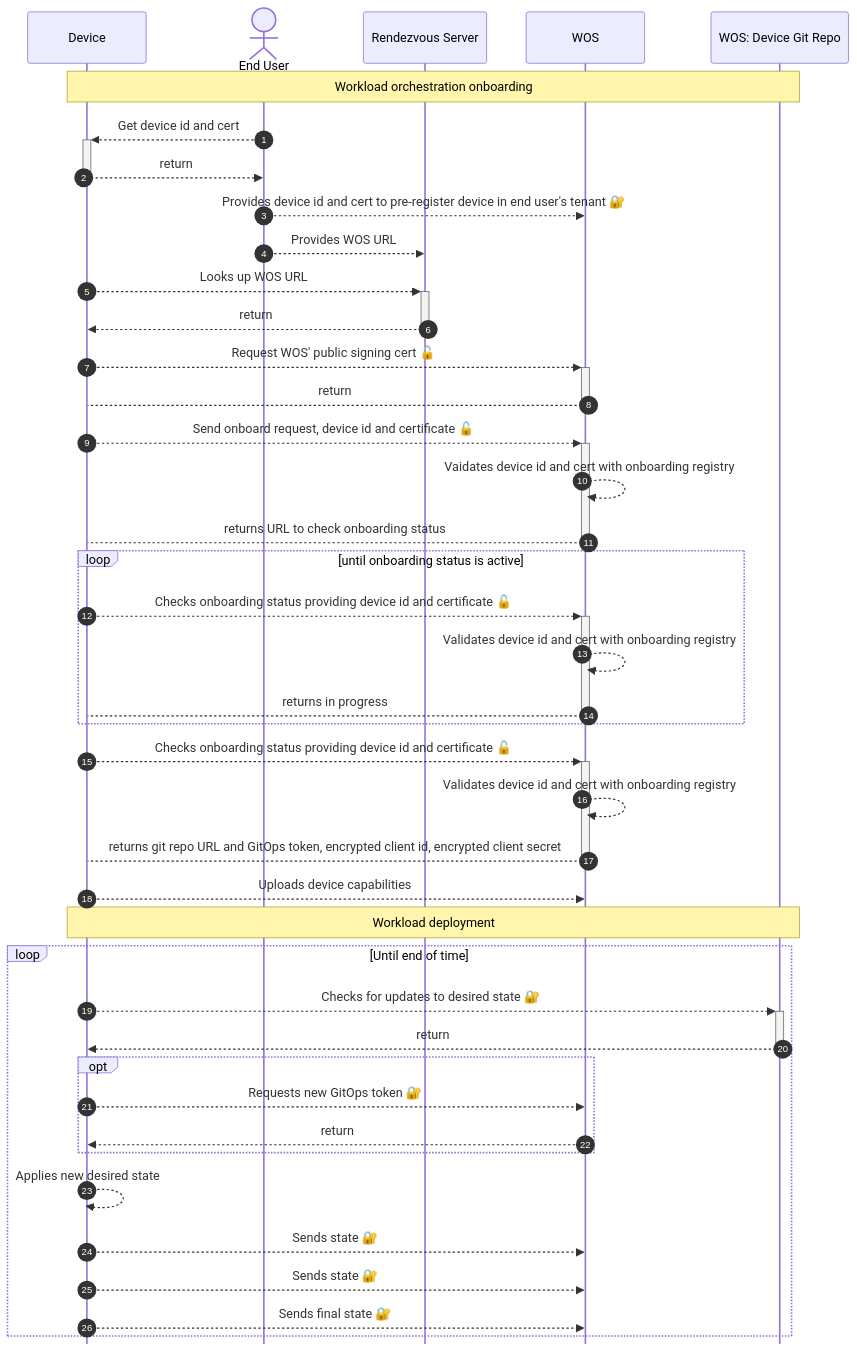
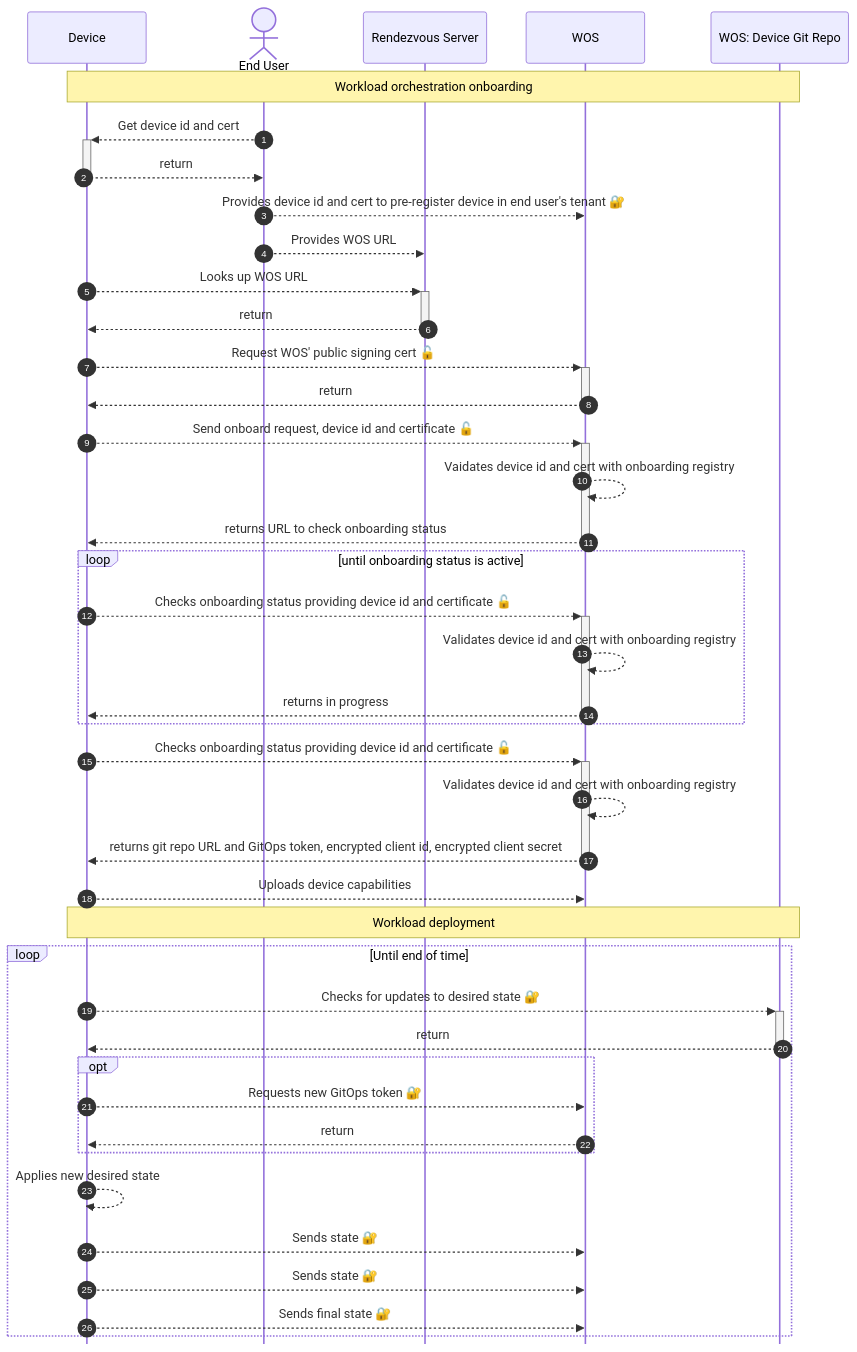
One commit to Silvanoc/margo-specification changed the diagram in system-design/orchestration/workload/workload-orchestration-edge-onboarding.md. Above: the diagram before and after it, drawn with Mermaid.

Commit message:
fix(onboarding): sequence diagram return arrows
Fix erroneous arrows for return messages in onboarding sequence diagram.

````diff
--- a/system-design/orchestration/workload/workload-orchestration-edge-onboarding.md
+++ b/system-design/orchestration/workload/workload-orchestration-edge-onboarding.md
@@ -16,48 +16,48 @@
 ``` mermaid
 sequenceDiagram
     %%{init: {'sequence': {'mirrorActors': false}}}%%
     autonumber
     participant device as Device
     actor user as End User
     participant rendezvous as Rendezvous Server
     participant wos as WOS
     participant git as WOS: Device Git Repo   
     note over device, git: Workload orchestration onboarding
     user -->>+ device: Get device id and cert
     device -->>- user: return
     user -->> wos: Provides device id and cert to pre-register device in end user's tenant 🔐
      
     %%note over device, rendezvous: FIDO
     user -->> rendezvous: Provides WOS URL
     device -->>+ rendezvous: Looks up WOS URL
     rendezvous -->>- device: return
     device -->>+ wos: Request WOS' public signing cert 🔓
-    wos -->- device: return
+    wos -->>- device: return
     device -->>+ wos: Send onboard request, device id and certificate 🔓
     wos -->> wos: Vaidates device id and cert with onboarding registry
-    wos -->- device: returns URL to check onboarding status
+    wos -->>- device: returns URL to check onboarding status
     
     loop until onboarding status is active   
         device -->>+ wos: Checks onboarding status providing device id and certificate 🔓
         wos -->> wos: Validates device id and cert with onboarding registry
-        wos -->- device: returns in progress
+        wos -->>- device: returns in progress
     end
     device -->>+ wos: Checks onboarding status providing device id and certificate 🔓
     wos -->> wos: Validates device id and cert with onboarding registry
-    wos -->- device: returns git repo URL and GitOps token, encrypted client id, encrypted client secret
+    wos -->>- device: returns git repo URL and GitOps token, encrypted client id, encrypted client secret
     
     device -->> wos: Uploads device capabilities
     note over device, git: Workload deployment
     loop Until end of time
         device -->>+ git: Checks for updates to desired state 🔐
         git -->>- device: return
         opt
             device -->> wos: Requests new GitOps token 🔐
             wos -->> device: return
         end
         device -->> device: Applies new desired state
         device -->> wos: Sends state 🔐
         device -->> wos: Sends state 🔐
         device -->> wos: Sends final state 🔐
     end    
 ```
````
